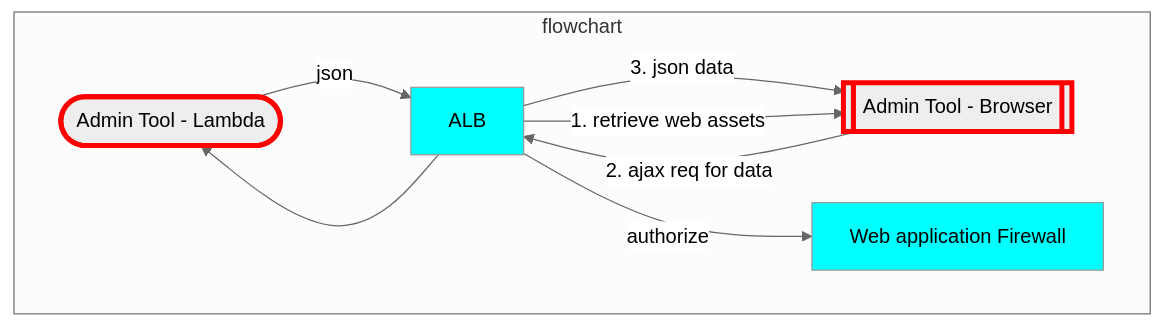
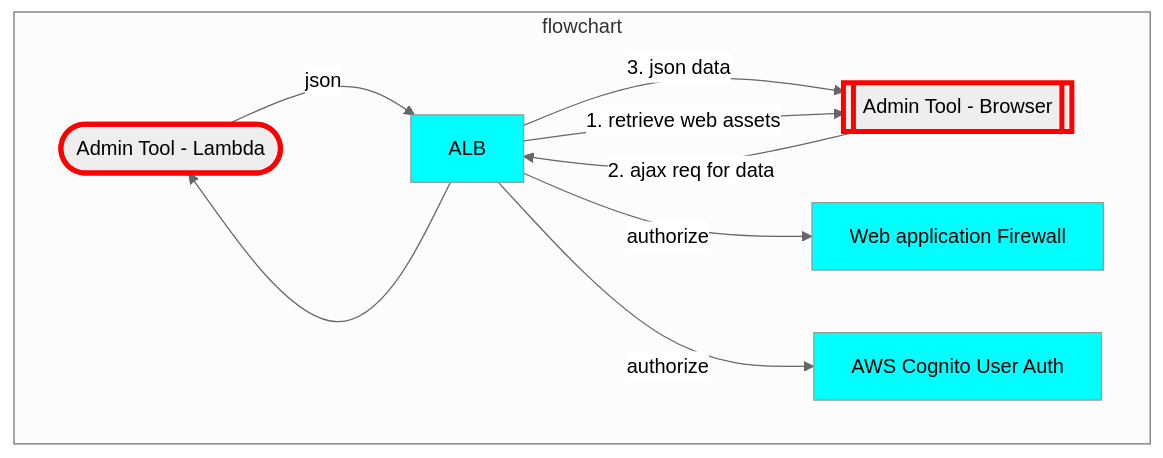
One commit to CDLUC3/mrt-doc changed the diagram in diagrams/admin-spa.mmd. Above: the diagram before and after it, drawn with Mermaid. The commit also changed 6 other files, not shown here.

Commit message:
update admin tool diagrams with cognito

```diff
--- a/diagrams/admin-spa.mmd
+++ b/diagrams/admin-spa.mmd
@@ -1,20 +1,23 @@
 %%{init: {'theme': 'neutral', 'securityLevel': 'loose'}}%%
 graph TD
   ADMIN([Admin Tool - Lambda])
   click ADMIN href "https://github.com/CDLUC3/mrt-admin-lambda" "source code"
   ADMINWEB[[Admin Tool - Browser]]
   click ADMINWEB href "https://github.com/CDLUC3/mrt-admin-lambda" "source code"
   WAF[Web application Firewall]
+  COG[AWS Cognito User Auth]
 
   subgraph flowchart
     ALB --> ADMIN
     ADMIN --> |json| ALB
     ADMINWEB --> |2. ajax req for data| ALB
     ALB --> |3. json data| ADMINWEB
     ALB --> |1. retrieve web assets|ADMINWEB
     ALB --> |authorize| WAF
+    ALB --> |authorize| COG
   end
   style ADMIN stroke:red,stroke-width:4px
   style ADMINWEB stroke:red,stroke-width:4px
   style ALB fill:cyan
   style WAF fill:cyan
+  style COG fill:cyan
```
